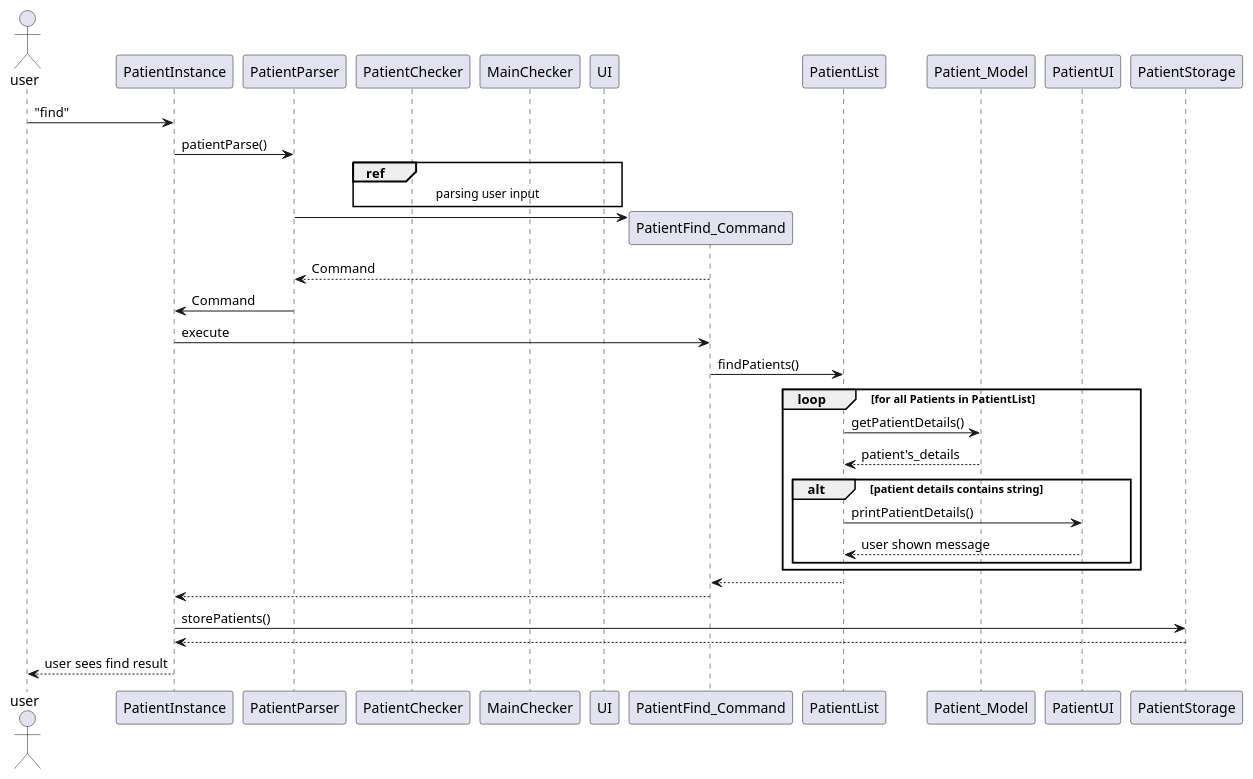
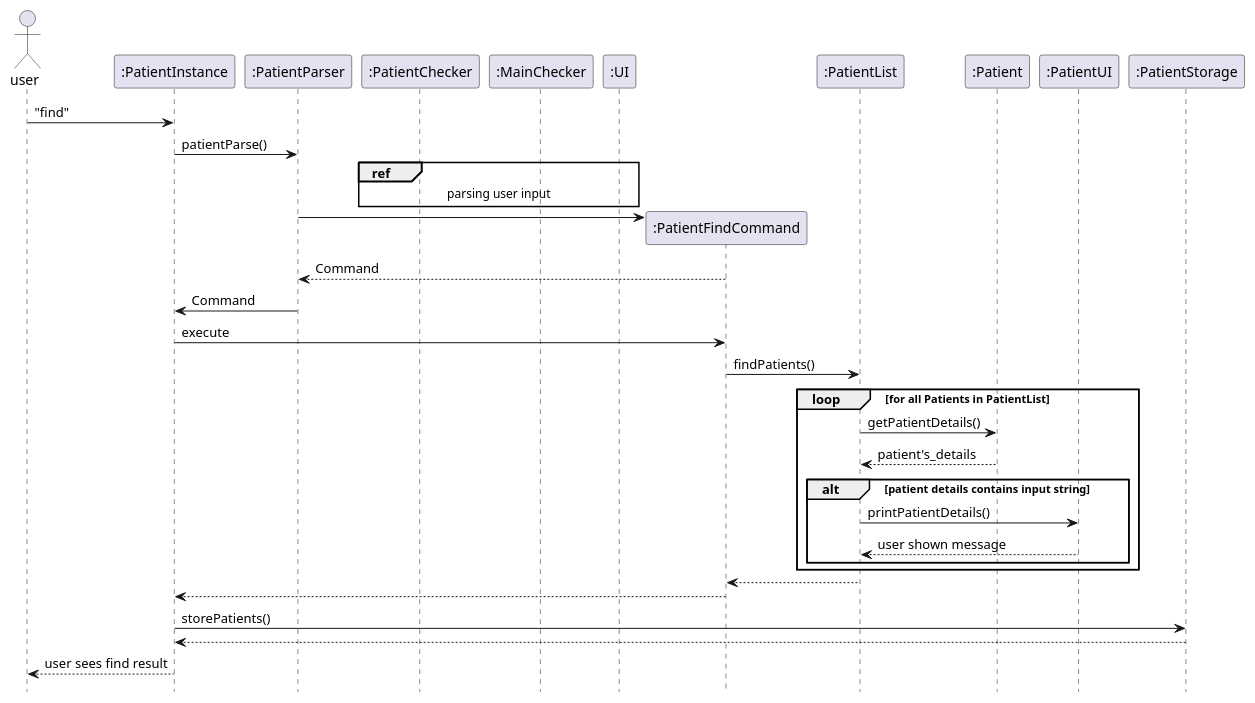
Before and after one commit to nus-cs2113-AY2021S2/tp: the diagram in docs/diagrams/PatientFindSD.puml, drawn with PlantUML. The commit also changed 5 other files, not shown here.

Commit message:
add details to DG and improve diagrams.

```diff
--- a/docs/diagrams/PatientFindSD.puml
+++ b/docs/diagrams/PatientFindSD.puml
@@ -1,47 +1,55 @@
 @startuml
 
+hide footbox
 actor user
+participant ":PatientInstance"
+participant ":PatientParser"
+participant ":PatientChecker"
+participant ":MainChecker"
+participant ":UI"
+participant ":PatientFindCommand"
+participant ":PatientList"
+participant ":Patient"
+participant ":PatientUI"
+participant ":PatientStorage"
 
-user -> PatientInstance : "find"
+user -> ":PatientInstance" : "find"
 
-PatientInstance -> PatientParser: patientParse()
+":PatientInstance" -> ":PatientParser": patientParse()
 
-ref over PatientChecker, MainChecker, UI : parsing user input
+ref over ":PatientChecker", ":MainChecker", ":UI" : parsing user input
 
-create PatientFind_Command
-PatientParser -> PatientFind_Command
+create ":PatientFindCommand"
+":PatientParser" -> ":PatientFindCommand"
 
-PatientFind_Command --> PatientParser : Command
+":PatientFindCommand" --> ":PatientParser" : Command
 
-PatientParser -> PatientInstance : Command
+":PatientParser" -> ":PatientInstance" : Command
 
-PatientInstance -> PatientFind_Command : execute
+":PatientInstance" -> ":PatientFindCommand" : execute
 
-PatientFind_Command -> PatientList : findPatients()
+":PatientFindCommand" -> ":PatientList" : findPatients()
 
 loop for all Patients in PatientList
-    PatientList -> Patient_Model : getPatientDetails()
+    ":PatientList" -> ":Patient" : getPatientDetails()
 
-    Patient_Model --> PatientList : patient's_details
+    ":Patient" --> ":PatientList" : patient's_details
 
-        alt patient details contains string
-            PatientList -> PatientUI : printPatientDetails()
+        alt patient details contains input string
+            ":PatientList" -> ":PatientUI" : printPatientDetails()
 
-            PatientUI --> PatientList : user shown message
+            ":PatientUI" --> ":PatientList" : user shown message
         end
 end
 
-PatientList --> PatientFind_Command
+":PatientList" --> ":PatientFindCommand"
 
-PatientFind_Command --> PatientInstance
+":PatientFindCommand" --> ":PatientInstance"
 
-PatientInstance -> PatientStorage : storePatients()
+":PatientInstance" -> ":PatientStorage" : storePatients()
 
-PatientStorage --> PatientInstance
+":PatientStorage" --> ":PatientInstance"
 
-PatientInstance --> user : user sees find result
-
-
-
+":PatientInstance" --> user : user sees find result
 
 @enduml
```
